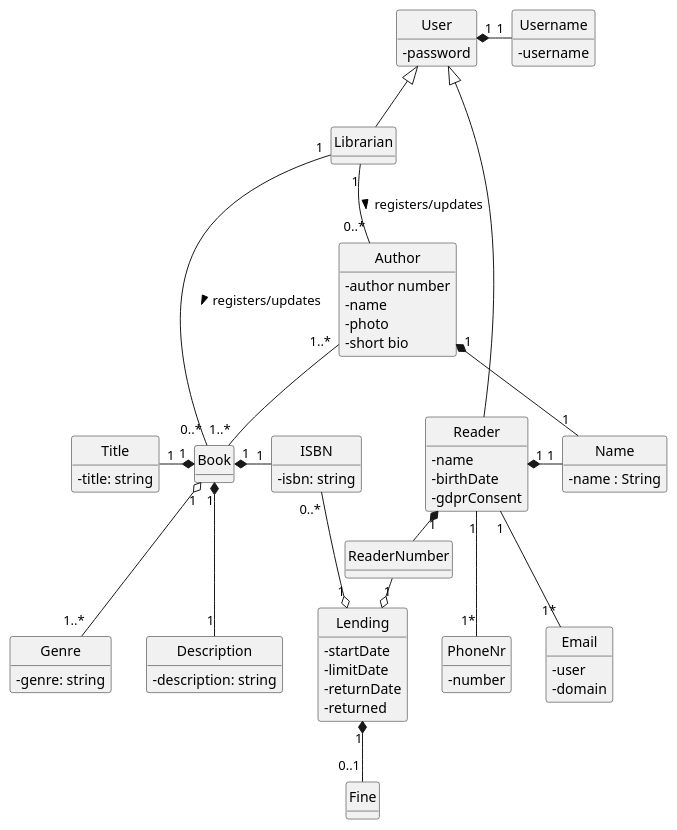
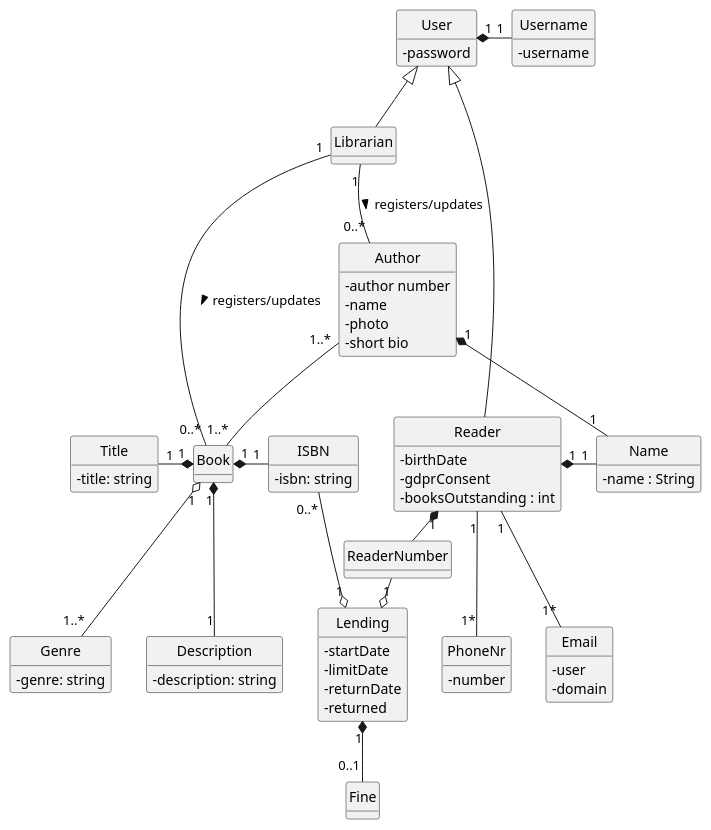
The diagram in Docs/GlobalArtifacts/DomainModel.puml (rutemf/1220944_1220772_G01), drawn with PlantUML before and after one commit. The commit also changed 9 other files, not shown here.

```diff
--- a/Docs/GlobalArtifacts/DomainModel.puml
+++ b/Docs/GlobalArtifacts/DomainModel.puml
@@ -1,102 +1,102 @@
 @startuml
 'https://plantuml.com/class-diagram
 skinparam classAttributeIconSize 0
 hide circle
 hide methods
 
 class User{
     - password
 }
 
 class Username{
     - username
 }
 
 class Librarian extends User{
 }
 
 class ISBN{
 /'temos que implementar alguma validação?'/
 /'https://en.wikipedia.org/wiki/ISBN'/
     - isbn: string
 }
 
 class Title{
 /'regras?'/
     - title: string
 }
 
 class Genre{
 /'escolhido de uma lista?'/
     - genre: string
 }
 
 class Description{
 /'limite de caractéres?'/
     - description: string
 }
 
 class Book {
 }
 
 class Author {
     - author number
     - name
     - photo
     - short bio
     /'perguntar '/
    }
 
 class Reader extends User{
-    - name /'regras?'/
     - birthDate /'limite inferior/superior? '/
     - gdprConsent /'que implicações tem?'/
+    - booksOutstanding : int /'TODO: Perguntar se faz sentido contar no Reader'/
 }
 
 class ReaderNumber {
 }
 
 class Lending {
     - startDate
     - limitDate
     - returnDate
     - returned
 }
 
 class Fine {
 }
 
 class PhoneNr {
 /'como fazer a validação?'/
     - number
 }
 
 class Email {
     /'perguntar se o domínio tem que ser validado?'/
     /'há domínios restritos?'/
     - user
     - domain
 }
 
 class Name {
     - name : String
 }
 
 Librarian "1" -- "0..*" Author : registers/updates >
 Librarian "1" -- "0..*" Book : registers/updates >
 Book "1..*" -up- "1..*"  Author
 Reader "1" -- "1*" PhoneNr  /'mais que um?'/
 Reader "1" -- "1*" Email   /'mais que um?'/
 ReaderNumber "1" -o Lending
 Reader "1" *- ReaderNumber
 Lending "1" o-up- "0..*" ISBN
 Book "1" *- "1" ISBN
 Book "1" *-left- "1" Title
 Book  "1" o-- "1..*"  Genre
 Book  "1" *-- "1"  Description
 Lending "1" *-- "0..1" Fine
 Reader "1" *- "1" Name
 Author "1" *-down- "1" Name
 User "1" *- "1" Username
 
 @enduml
```
